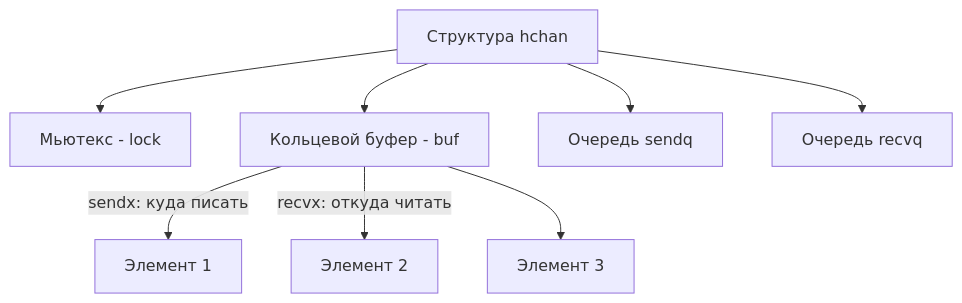
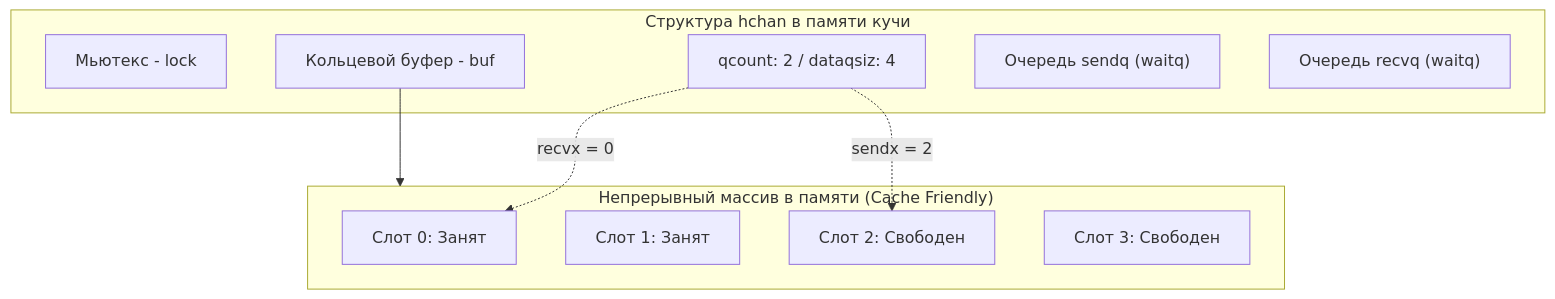
Before and after one commit to UnrealTemplier/go-textbook: the first of 4 diagrams in sources/5. Учебник по Go (Основы и синтаксис)/37. Каналы под капотом. Буферизация, блокировки и select.md, drawn with Mermaid. The commit also changed other lines of this file, not shown here.

````diff
--- a/sources/5. Учебник по Go (Основы и синтаксис)/37. Каналы под капотом. Буферизация, блокировки и select.md
+++ b/sources/5. Учебник по Go (Основы и синтаксис)/37. Каналы под капотом. Буферизация, блокировки и select.md
@@ -47,11 +48,21 @@
 ```mermaid
 flowchart TD
-    H["Структура hchan"] --> L["Мьютекс - lock"]
-    H --> B["Кольцевой буфер - buf"]
-    H --> SQ["Очередь sendq"]
-    H --> RQ["Очередь recvq"]
+    subgraph HCHAN["Структура hchan в памяти кучи"]
+        L["Мьютекс - lock"]
+        Q["qcount: 2 / dataqsiz: 4"]
+        B["Кольцевой буфер - buf"]
+        SQ["Очередь sendq (waitq)"]
+        RQ["Очередь recvq (waitq)"]
+    end
     
-    B -->|sendx: куда писать| E1["Элемент 1"]
-    B -->|recvx: откуда читать| E2["Элемент 2"]
-    B --> E3["Элемент 3"]
+    subgraph BufferArray["Непрерывный массив в памяти (Cache Friendly)"]
+        E0["Слот 0: Занят"]
+        E1["Слот 1: Занят"]
+        E2["Слот 2: Свободен"]
+        E3["Слот 3: Свободен"]
+    end
+
+    B --> BufferArray
+    Q -.->|recvx = 0| E0
+    Q -.->|sendx = 2| E2
 ```
````
